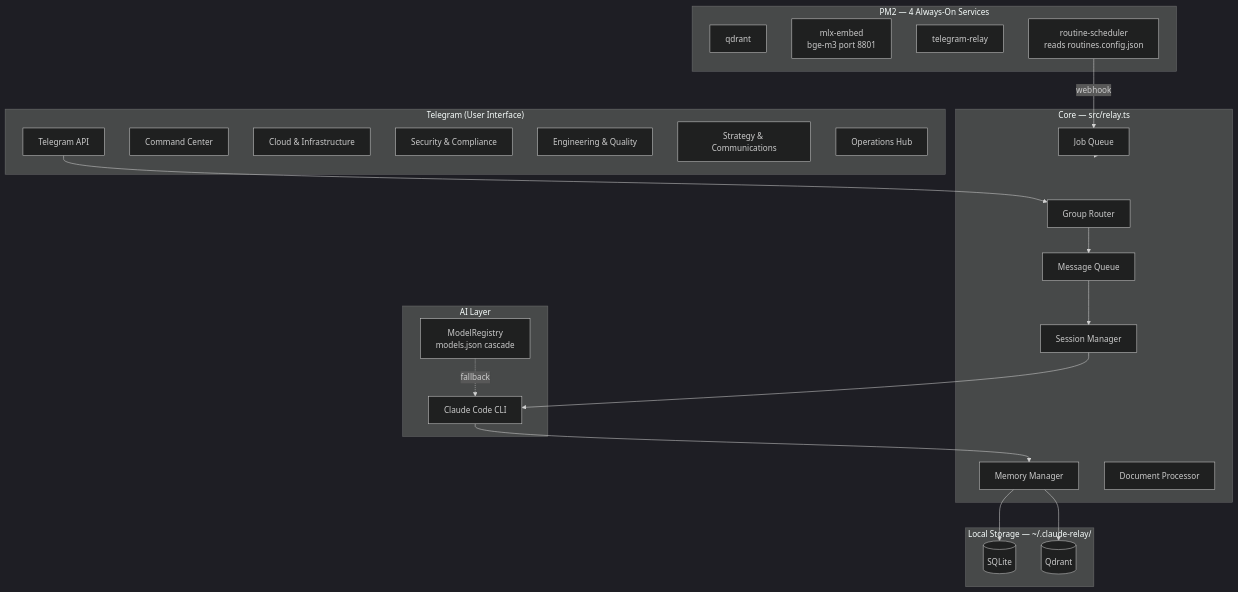
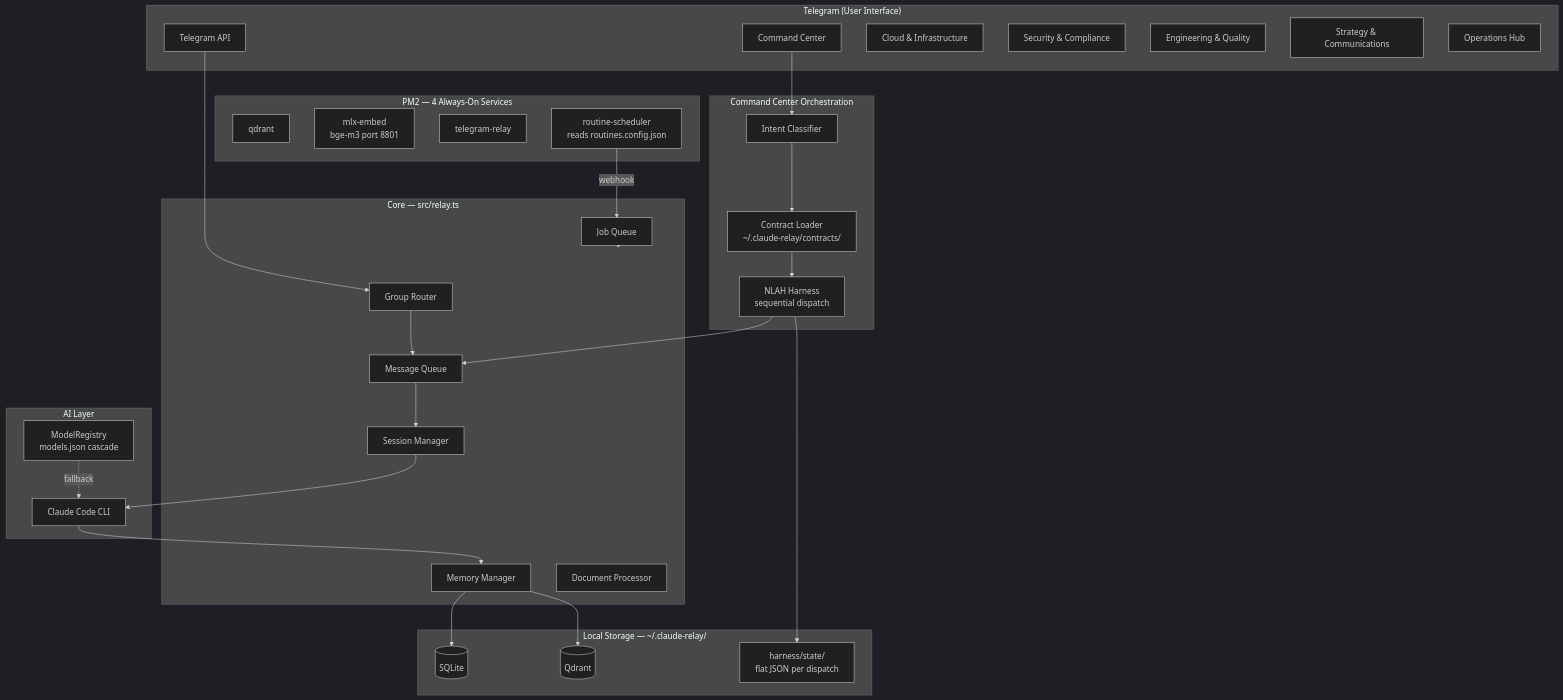
One commit to furi-wigt/claude-telegram-relay changed the first of 2 diagrams in CLAUDE.md. Above: the diagram before and after it, drawn with Mermaid (dark theme). The commit also changed other lines of this file, not shown here.

First line of the commit message:
docs(CLAUDE.md): update architecture to reflect NLAH harness replacement

````diff
--- a/CLAUDE.md
+++ b/CLAUDE.md
@@ -42,44 +43,53 @@
 ```mermaid
 graph TB
     subgraph Telegram["Telegram (User Interface)"]
         TG[Telegram API]
         G1["Command Center"]
         G2["Cloud & Infrastructure"]
         G3["Security & Compliance"]
         G4["Engineering & Quality"]
         G5["Strategy & Communications"]
         G6["Operations Hub"]
     end
 
     subgraph Core["Core — src/relay.ts"]
         Router[Group Router]
         Queue[Message Queue]
         SessionMgr[Session Manager]
         MemMgr[Memory Manager]
         DocMgr[Document Processor]
         Jobs[Job Queue]
     end
 
+    subgraph Orchestration["Command Center Orchestration"]
+        Classify[Intent Classifier]
+        Contract[Contract Loader\n~/.claude-relay/contracts/]
+        Harness[NLAH Harness\nsequential dispatch]
+    end
+
     subgraph AI["AI Layer"]
         Claude[Claude Code CLI]
         Registry[ModelRegistry\nmodels.json cascade]
     end
 
     subgraph Storage["Local Storage — ~/.claude-relay/"]
         SQLite[(SQLite)]
         Qdrant[(Qdrant)]
+        State[harness/state/\nflat JSON per dispatch]
     end
 
     subgraph PM2["PM2 — 4 Always-On Services"]
         S1[qdrant]
         S2[mlx-embed\nbge-m3 port 8801]
         S3[telegram-relay]
         S4[routine-scheduler\nreads routines.config.json]
     end
 
     TG --> Router --> Queue --> SessionMgr --> Claude
+    G1 --> Classify --> Contract --> Harness --> Queue
+    Harness --> State
     Claude --> MemMgr --> SQLite & Qdrant
     Registry -.->|fallback| Claude
     S4 -->|webhook| Jobs
     Jobs --> Core
 ```
````
